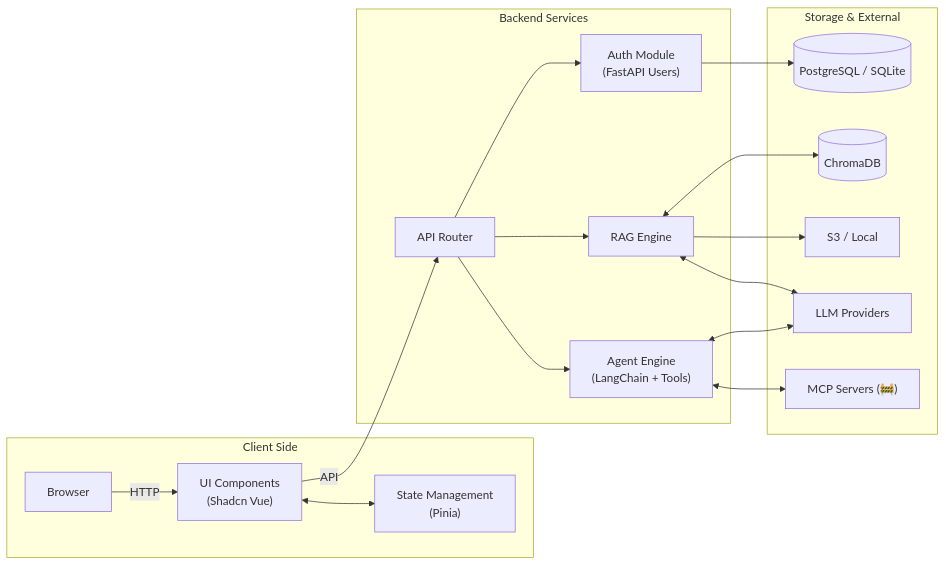
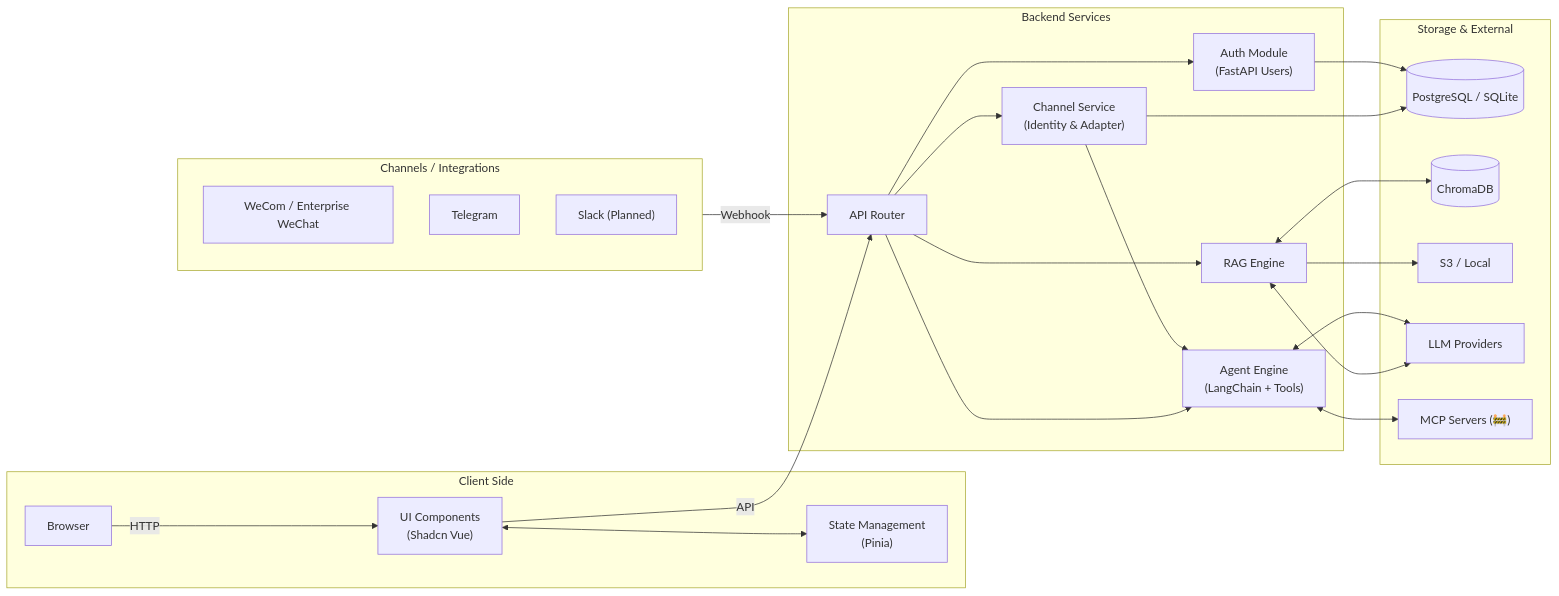
One commit to riceball-ai/riceball changed the diagram in README.md. Above: the diagram before and after it, drawn with Mermaid. The commit also changed other lines of this file and 26 other files, not shown here.

First line of the commit message:
feat: Implement channel management features with Telegram and WeCom integration

````diff
--- a/README.md
+++ b/README.md
@@ -14,39 +14,51 @@
 ```mermaid
 graph LR
     subgraph Client ["Client Side"]
         Browser[Browser]
         UI["UI Components<br/>(Shadcn Vue)"]
         State["State Management<br/>(Pinia)"]
     end
 
+    subgraph Channels ["Channels / Integrations"]
+        WeCom["WeCom / Enterprise WeChat"]
+        Telegram[Telegram]
+        Slack["Slack (Planned)"]
+    end
+
     subgraph Backend ["Backend Services"]
         API[API Router]
         Auth["Auth Module<br/>(FastAPI Users)"]
+        ChannelsSvc["Channel Service<br/>(Identity & Adapter)"]
         RAG[RAG Engine]
         Agent["Agent Engine<br/>(LangChain + Tools)"]
     end
 
     subgraph Infrastructure ["Storage & External"]
         DB[(PostgreSQL / SQLite)]
         VectorDB[(ChromaDB)]
         FileStore["S3 / Local"]
         LLM["LLM Providers"]
         MCPServers["MCP Servers (🚧)"]
     end
 
     Browser -->|HTTP| UI
     UI <--> State
     UI -->|API| API
     
+    Channels -->|Webhook| API
+    API --> ChannelsSvc
+    ChannelsSvc --> Agent
+    
     API --> Auth
     API --> RAG
     API --> Agent
 
     Agent <--> LLM
     Agent <--> MCPServers
     RAG <--> VectorDB
     RAG <--> LLM
 
     Auth --> DB
+    ChannelsSvc --> DB
     RAG --> FileStore
 ```
````
